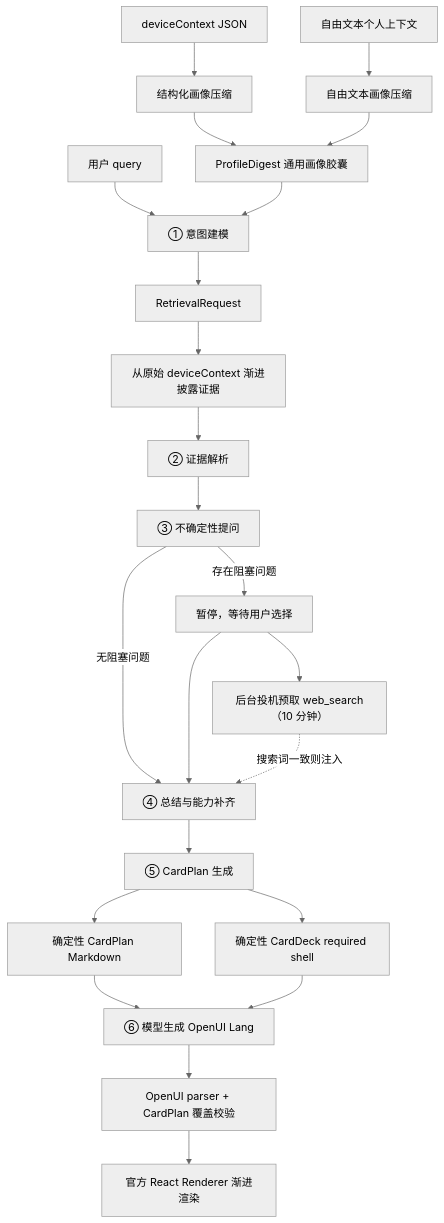
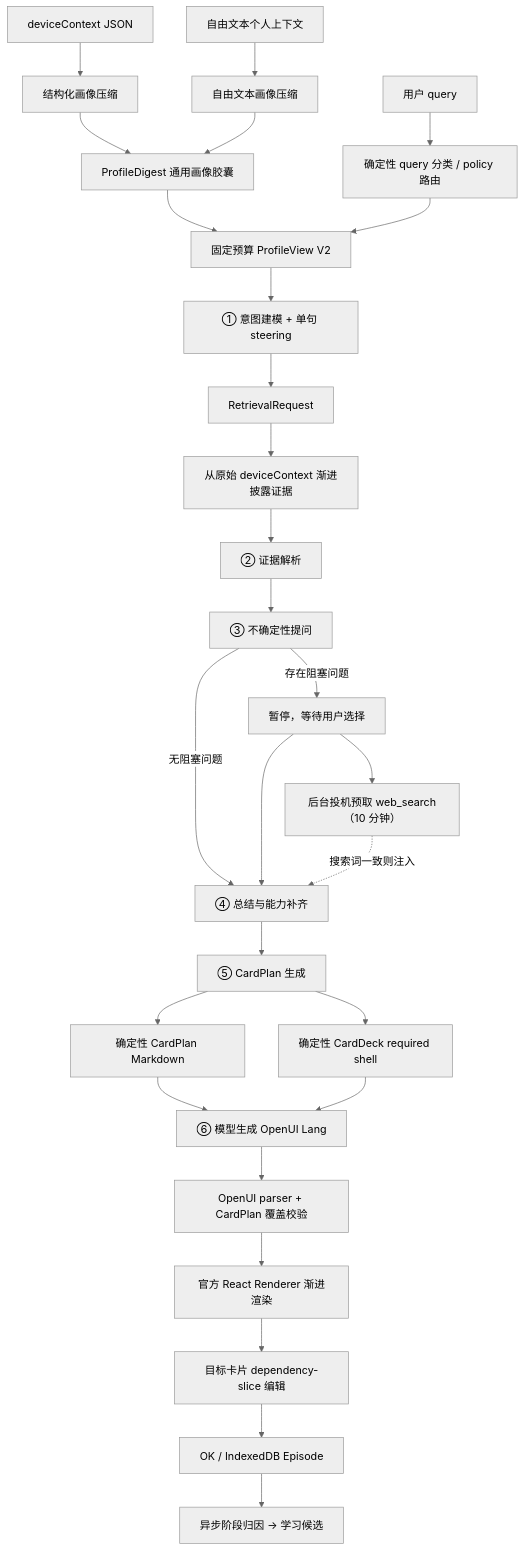
One commit to sxd722/cot-genui changed the diagram in docs/CURRENT-PIPELINE.md. Above: the diagram before and after it, drawn with Mermaid (neutral theme). The commit also changed other lines of this file and 16 other files, not shown here.

````diff
--- a/docs/CURRENT-PIPELINE.md
+++ b/docs/CURRENT-PIPELINE.md
@@ -34,31 +36,36 @@
 ```mermaid
 flowchart TD
   Q["用户 query"]
   J["deviceContext JSON"]
   F["自由文本个人上下文"]
 
   J --> P1["结构化画像压缩"]
   F --> P2["自由文本画像压缩"]
   P1 --> PD["ProfileDigest 通用画像胶囊"]
   P2 --> PD
 
-  Q --> S1["① 意图建模"]
-  PD --> S1
+  Q --> QC["确定性 query 分类 / policy 路由"]
+  PD --> PV["固定预算 ProfileView V2"]
+  QC --> PV
+  PV --> S1["① 意图建模 + 单句 steering"]
   S1 --> R["RetrievalRequest"]
   R --> RET["从原始 deviceContext 渐进披露证据"]
   RET --> S2["② 证据解析"]
   S2 --> S3["③ 不确定性提问"]
   S3 -->|"无阻塞问题"| S4["④ 总结与能力补齐"]
   S3 -->|"存在阻塞问题"| PAUSE["暂停，等待用户选择"]
   PAUSE --> PF["后台投机预取 web_search（10 分钟）"]
   PAUSE --> S4
   PF -. "搜索词一致则注入" .-> S4
   S4 --> CP["⑤ CardPlan 生成"]
 
   CP --> MD["确定性 CardPlan Markdown"]
   MD --> OUI["⑥ 模型生成 OpenUI Lang"]
   CP --> SH["确定性 CardDeck required shell"]
   SH --> OUI
   OUI --> OC["OpenUI parser + CardPlan 覆盖校验"]
   OC --> OV["官方 React Renderer 渐进渲染"]
+  OV --> EDIT["目标卡片 dependency-slice 编辑"]
+  EDIT --> OK["OK / IndexedDB Episode"]
+  OK --> REF["异步阶段归因 → 学习候选"]
 ```
````
